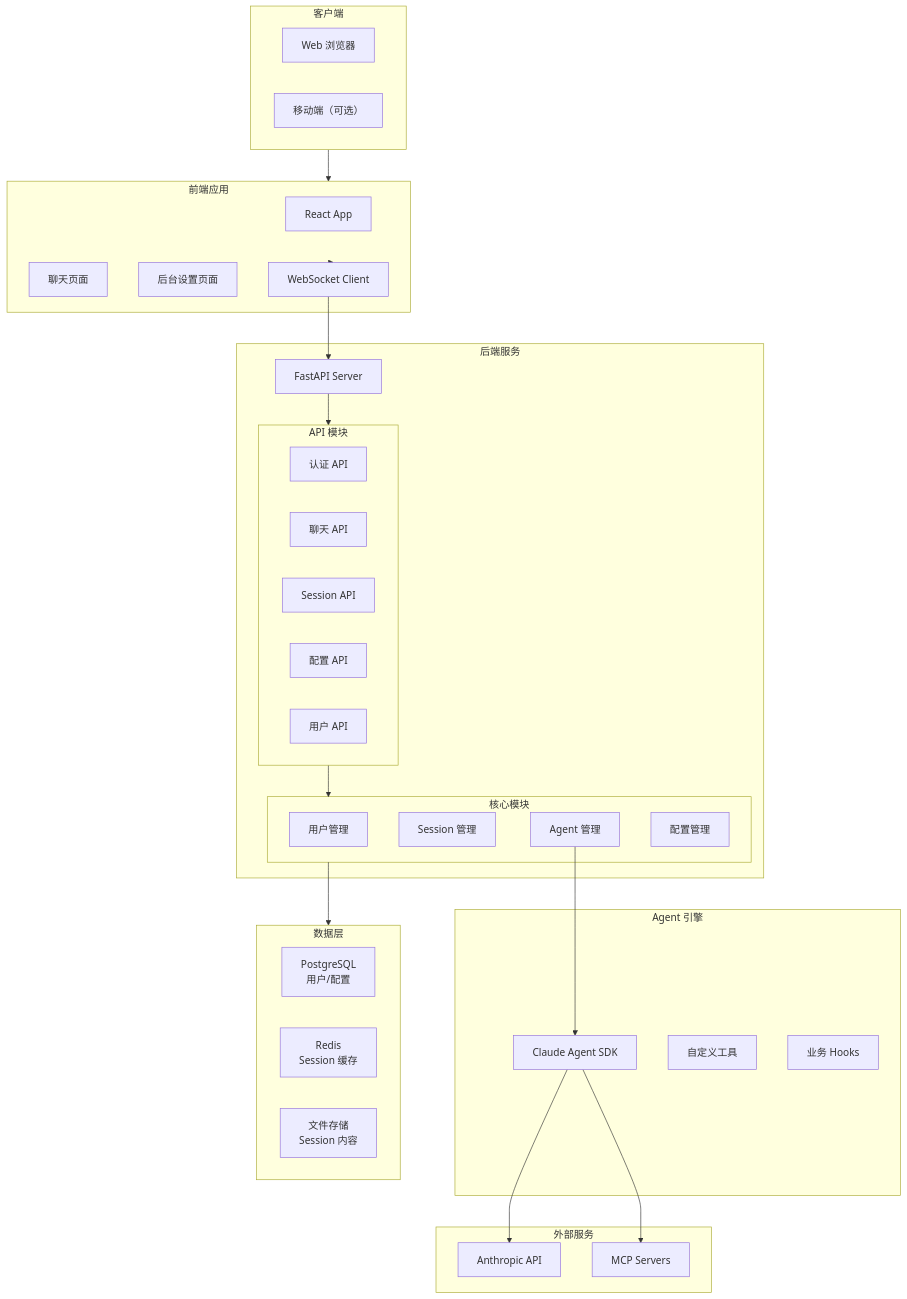
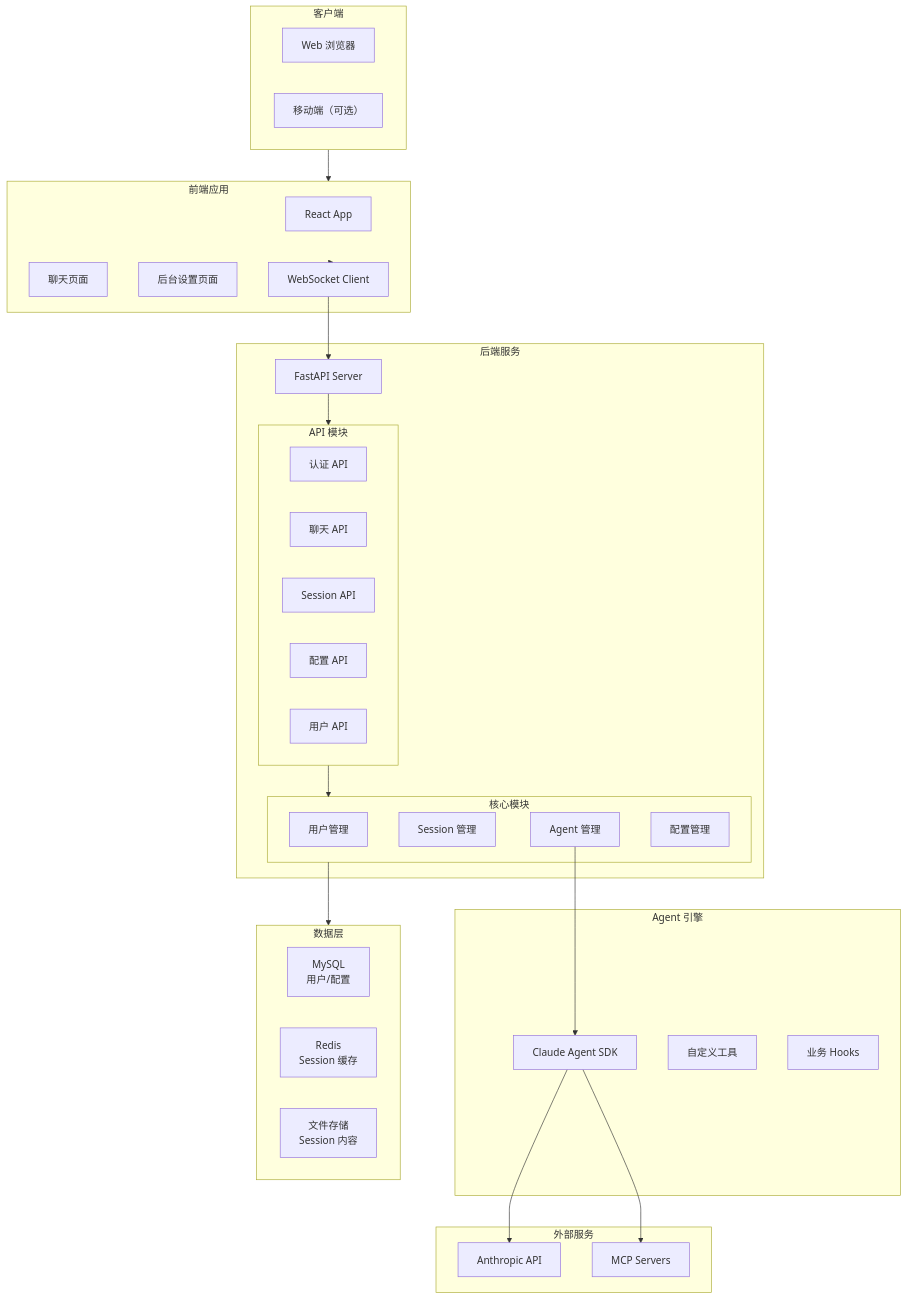
One commit to xiaocaipi/mm-doc changed the second of 9 diagrams in agent/agent_project_design_1.md. Above: the diagram before and after it, drawn with Mermaid. The commit also changed other lines of this file, not shown here.

````diff
--- a/agent/agent_project_design_1.md
+++ b/agent/agent_project_design_1.md
@@ -139,62 +139,62 @@
 ```mermaid
 flowchart TB
     subgraph CLIENT["客户端"]
         WEB["Web 浏览器"]
         MOBILE["移动端（可选）"]
     end
 
     subgraph FRONTEND["前端应用"]
         REACT["React App"]
         CHAT_UI["聊天页面"]
         SETTINGS_UI["后台设置页面"]
         WS["WebSocket Client"]
     end
 
     subgraph BACKEND["后端服务"]
         FASTAPI["FastAPI Server"]
         
         subgraph API_MODULES["API 模块"]
             AUTH_API["认证 API"]
             CHAT_API["聊天 API"]
             SESSION_API["Session API"]
             CONFIG_API["配置 API"]
             USER_API["用户 API"]
         end
         
         subgraph CORE_MODULES["核心模块"]
             USER_MGR["用户管理"]
             SESSION_MGR["Session 管理"]
             AGENT_MGR["Agent 管理"]
             CONFIG_MGR["配置管理"]
         end
     end
 
     subgraph AGENT_ENGINE["Agent 引擎"]
         SDK["Claude Agent SDK"]
         TOOLS["自定义工具"]
         HOOKS["业务 Hooks"]
     end
 
     subgraph DATA["数据层"]
-        PG["PostgreSQL<br/>用户/配置"]
+        MYSQL["MySQL<br/>用户/配置"]
         REDIS["Redis<br/>Session 缓存"]
         FILE["文件存储<br/>Session 内容"]
     end
 
     subgraph EXTERNAL["外部服务"]
         ANTHROPIC["Anthropic API"]
         MCP["MCP Servers"]
     end
 
     CLIENT --> FRONTEND
     FRONTEND --> WS
     WS --> FASTAPI
     
     FASTAPI --> API_MODULES
     API_MODULES --> CORE_MODULES
     
     CORE_MODULES --> DATA
     AGENT_MGR --> SDK
     SDK --> ANTHROPIC
     SDK --> MCP
 ```
````
